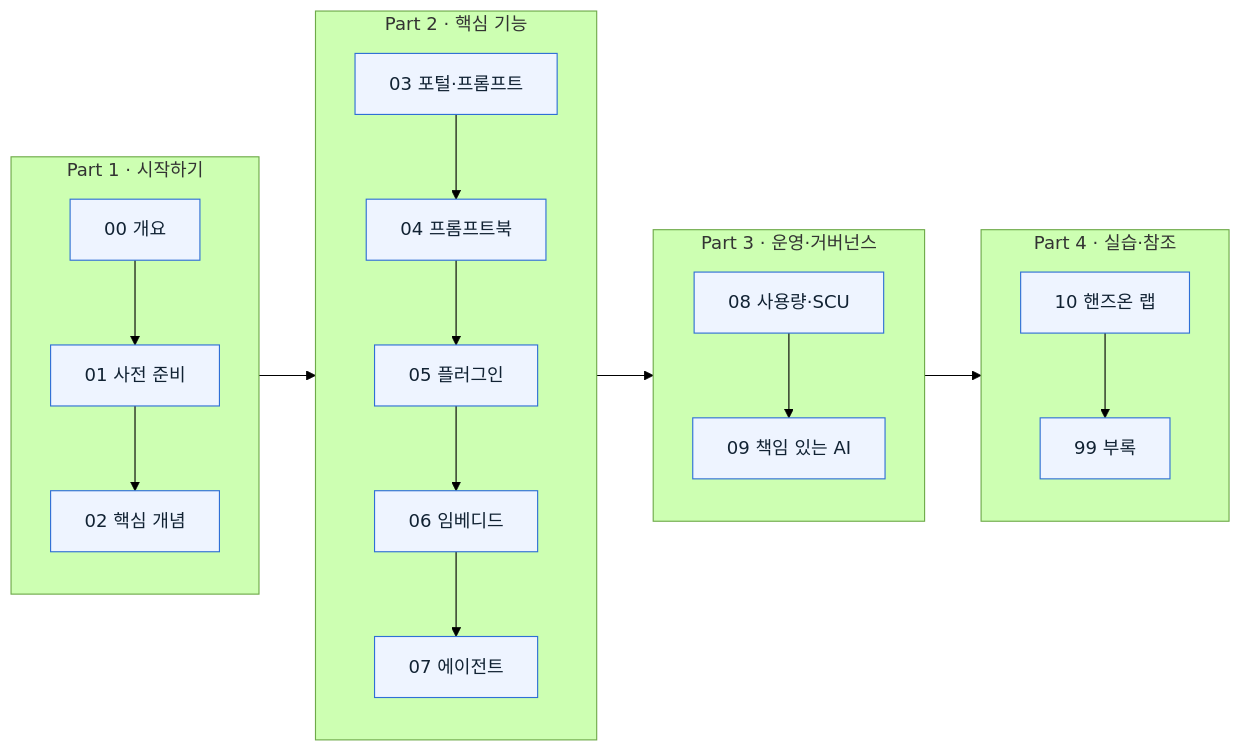
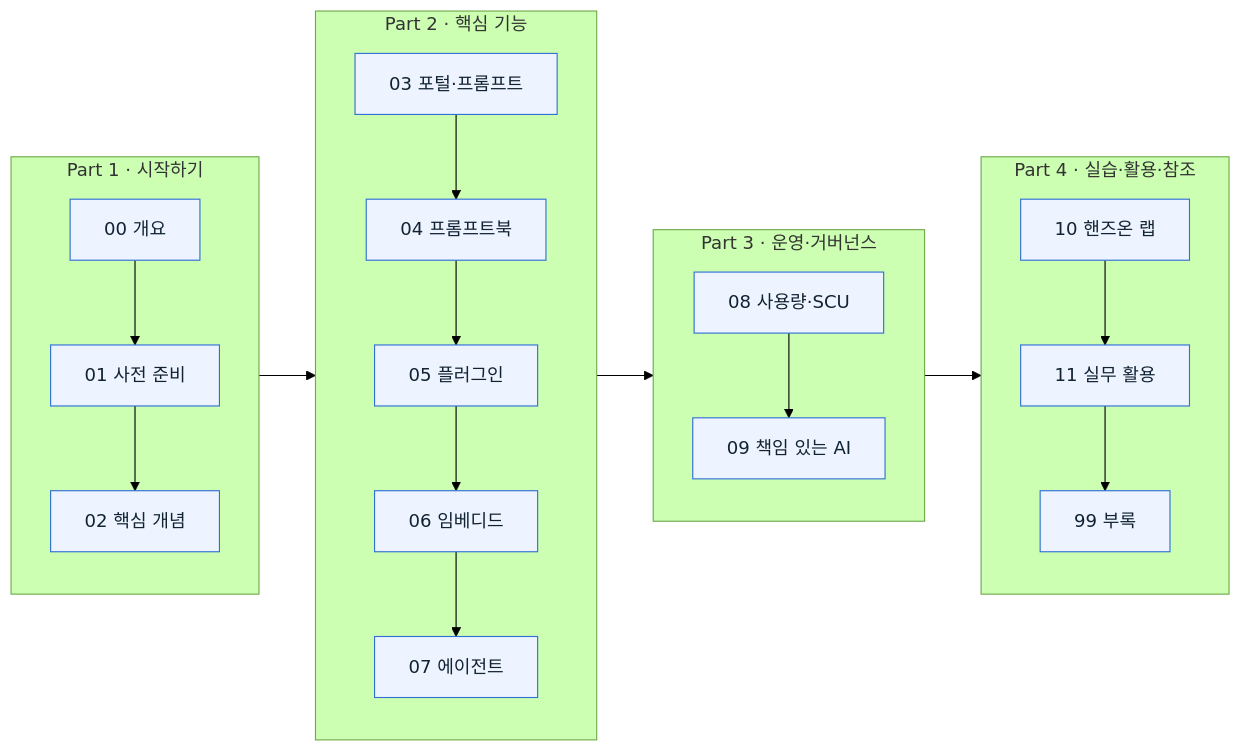
Before and after one commit to akimcse/security-copilot-guide-kr: the diagram in README.md, drawn with Mermaid (forest theme). The commit also changed other lines of this file and 6 other files, not shown here.

````diff
--- a/README.md
+++ b/README.md
@@ -30,32 +31,33 @@
 ```mermaid
 flowchart LR
     subgraph P1["Part 1 · 시작하기"]
         A0["00 개요"] --> A1["01 사전 준비"] --> A2["02 핵심 개념"]
     end
     subgraph P2["Part 2 · 핵심 기능"]
         B3["03 포털·프롬프트"] --> B4["04 프롬프트북"] --> B5["05 플러그인"] --> B6["06 임베디드"] --> B7["07 에이전트"]
     end
     subgraph P3["Part 3 · 운영·거버넌스"]
         C8["08 사용량·SCU"] --> C9["09 책임 있는 AI"]
     end
-    subgraph P4["Part 4 · 실습·참조"]
-        D10["10 핸즈온 랩"] --> D99["99 부록"]
+    subgraph P4["Part 4 · 실습·활용·참조"]
+        D10["10 핸즈온 랩"] --> D11["11 실무 활용"] --> D99["99 부록"]
     end
     P1 --> P2 --> P3 --> P4
 
     click A0 "./00-overview.md" "00 개요"
     click A1 "./01-prerequisites.md" "01 사전 준비"
     click A2 "./02-concepts.md" "02 핵심 개념"
     click B3 "./03-standalone-portal.md" "03 Standalone 포털"
     click B4 "./04-promptbooks.md" "04 프롬프트북"
     click B5 "./05-plugins.md" "05 플러그인"
     click B6 "./06-embedded-experiences.md" "06 임베디드 경험"
     click B7 "./07-agents.md" "07 에이전트"
     click C8 "./08-usage-monitoring.md" "08 사용량 모니터링"
     click C9 "./09-responsible-ai.md" "09 책임 있는 AI"
     click D10 "./10-handson-lab.md" "10 핸즈온 랩"
+    click D11 "./11-use-cases.md" "11 실무 활용"
     click D99 "./99-troubleshooting.md" "99 부록"
 
     classDef node fill:#eef4ff,stroke:#2f6fd6,color:#123,stroke-width:1px;
-    class A0,A1,A2,B3,B4,B5,B6,B7,C8,C9,D10,D99 node;
+    class A0,A1,A2,B3,B4,B5,B6,B7,C8,C9,D10,D11,D99 node;
 ```
````
